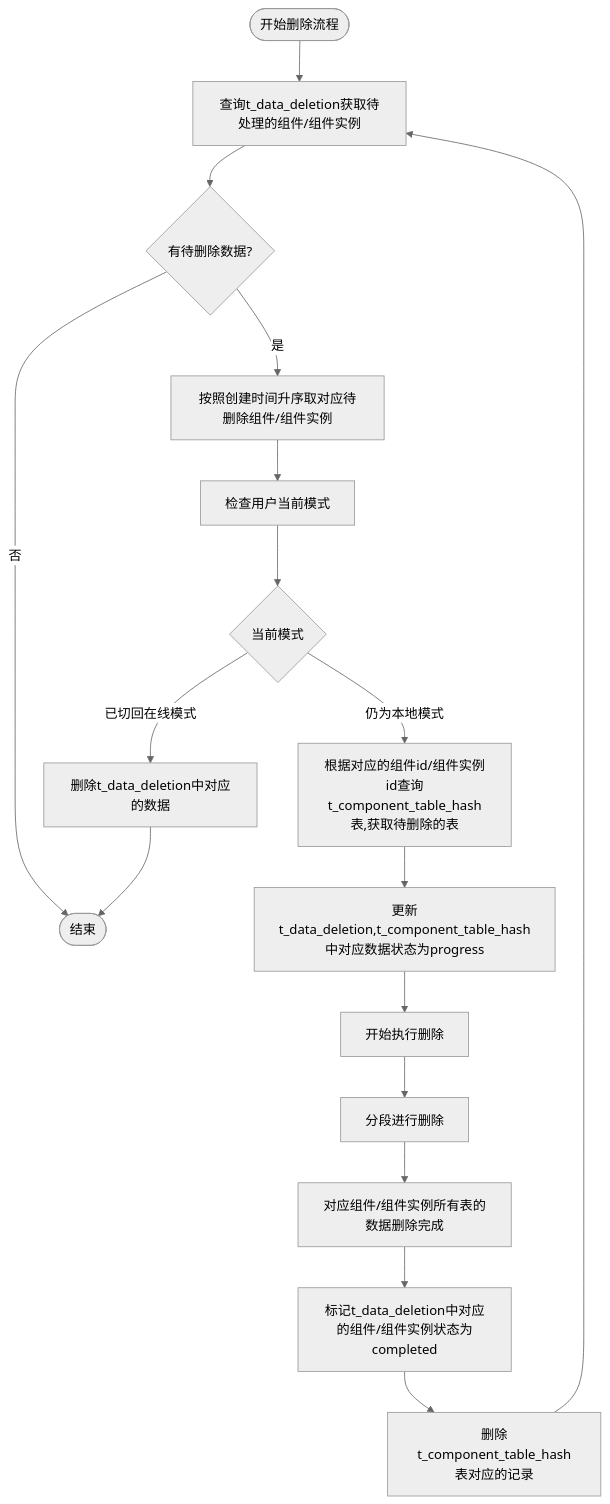
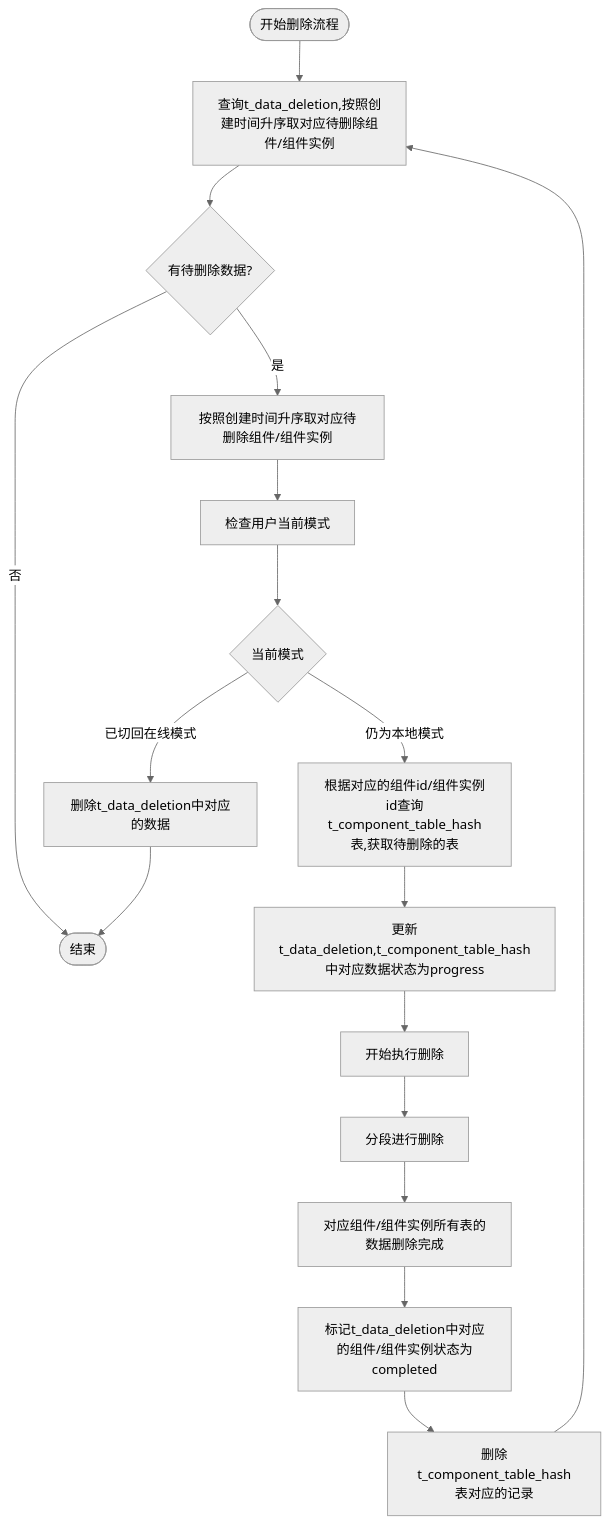
The diagram in all/未命名-56.md (yingjianzh/iodraw-files), drawn with Mermaid (neutral theme) before and after one commit.

Commit message:
2025-05-12 10:42:16 update

````diff
--- a/all/未命名-56.md
+++ b/all/未命名-56.md
@@ -1,29 +1,29 @@
 ```mermaid
 
 flowchart TD
-    Start([开始删除流程]) --> FetchTasks[查询t_data_deletion获取待处理的组件/组件实例]
+    Start([开始删除流程]) --> FetchTasks[查询t_data_deletion,按照创建时间升序取对应待删除组件/组件实例]
     FetchTasks --> HasTasks{有待删除数据?}
     
     HasTasks -->|否| End([结束])
     HasTasks -->|是| PrioritizeTasks[按照创建时间升序取对应待删除组件/组件实例]
     
     PrioritizeTasks --> CheckUserMode[检查用户当前模式]
     
     CheckUserMode --> CurrentMode{当前模式}
     CurrentMode -->|已切回在线模式| TaskCancel[删除t_data_deletion中对应的数据]
     CurrentMode -->|仍为本地模式| LockTask[根据对应的组件id/组件实例id查询t_component_table_hash表,获取待删除的表]
     
     LockTask --> UpdateStatus[更新t_data_deletion,t_component_table_hash中对应数据状态为progress]
     UpdateStatus --> BeginDeletion[开始执行删除]
     
     BeginDeletion --> A[分段进行删除]
     
     A --> B[对应组件/组件实例所有表的数据删除完成]
     B --> MarkCompleted[标记t_data_deletion中对应的组件/组件实例状态为completed]
     
     MarkCompleted --> MarkHash[删除t_component_table_hash表对应的记录]
     
     TaskCancel --> End
     MarkHash --> FetchTasks
 
 ```
````
